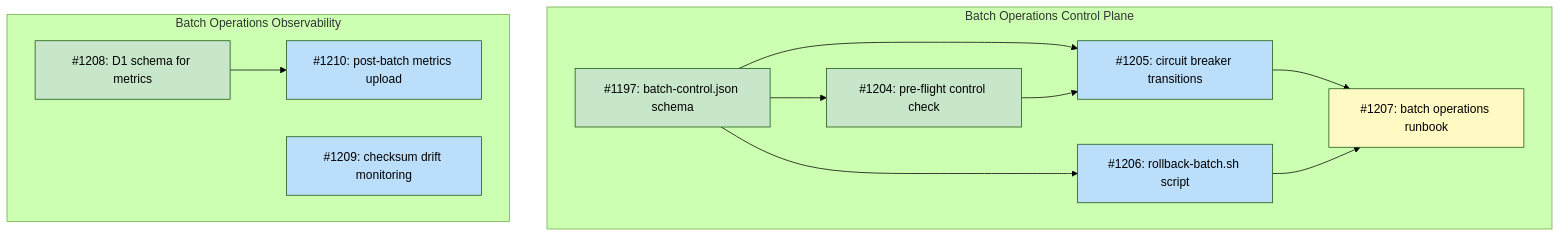
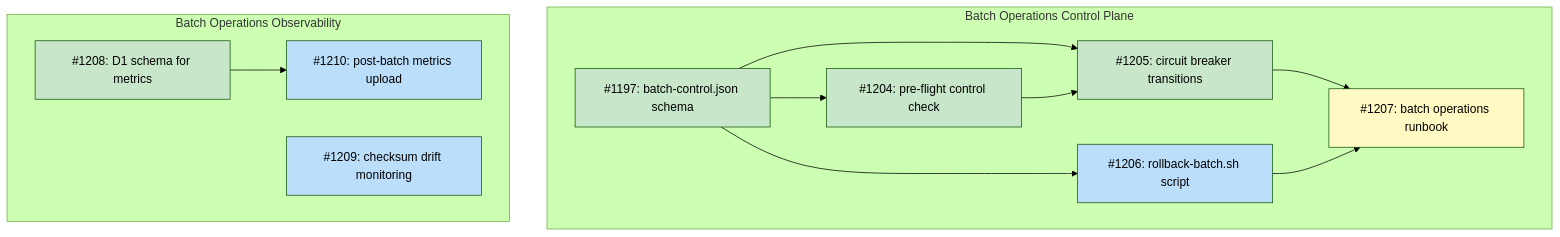
The diagram in docs/designs/DESIGN-batch-operations.md (tsukumogami/tsuku), drawn with Mermaid (forest theme) before and after one commit. The commit also changed other lines of this file and 3 other files, not shown here.

````diff
--- a/docs/designs/DESIGN-batch-operations.md
+++ b/docs/designs/DESIGN-batch-operations.md
@@ -36,35 +36,35 @@
 ```mermaid
 graph TD
     subgraph ControlPlane["Batch Operations Control Plane"]
         I1197["#1197: batch-control.json schema"]
         I1204["#1204: pre-flight control check"]
         I1205["#1205: circuit breaker transitions"]
         I1206["#1206: rollback-batch.sh script"]
         I1207["#1207: batch operations runbook"]
     end
 
     subgraph Observability["Batch Operations Observability"]
         I1208["#1208: D1 schema for metrics"]
         I1209["#1209: checksum drift monitoring"]
         I1210["#1210: post-batch metrics upload"]
     end
 
     I1197 --> I1204
     I1197 --> I1205
     I1197 --> I1206
     I1204 --> I1205
     I1205 --> I1207
     I1206 --> I1207
     I1208 --> I1210
 
     classDef done fill:#c8e6c9
     classDef ready fill:#bbdefb
     classDef blocked fill:#fff9c4
     classDef needsDesign fill:#e1bee7
 
-    class I1197,I1204,I1208 done
+    class I1197,I1204,I1205,I1208 done
     class I1209 ready
-    class I1205,I1206 ready
+    class I1206 ready
+    class I1210 ready
     class I1207 blocked
-    class I1210 ready
 ```
````
